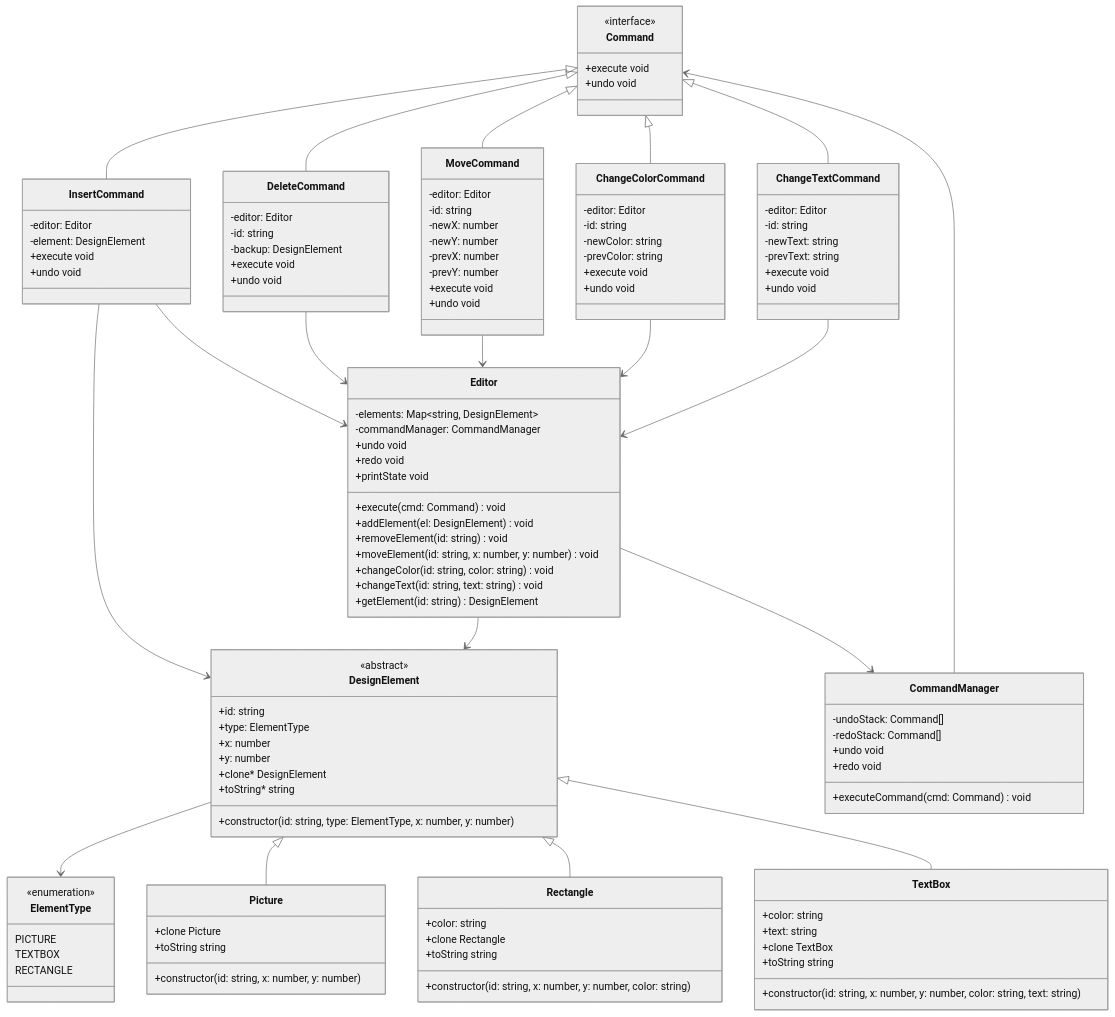
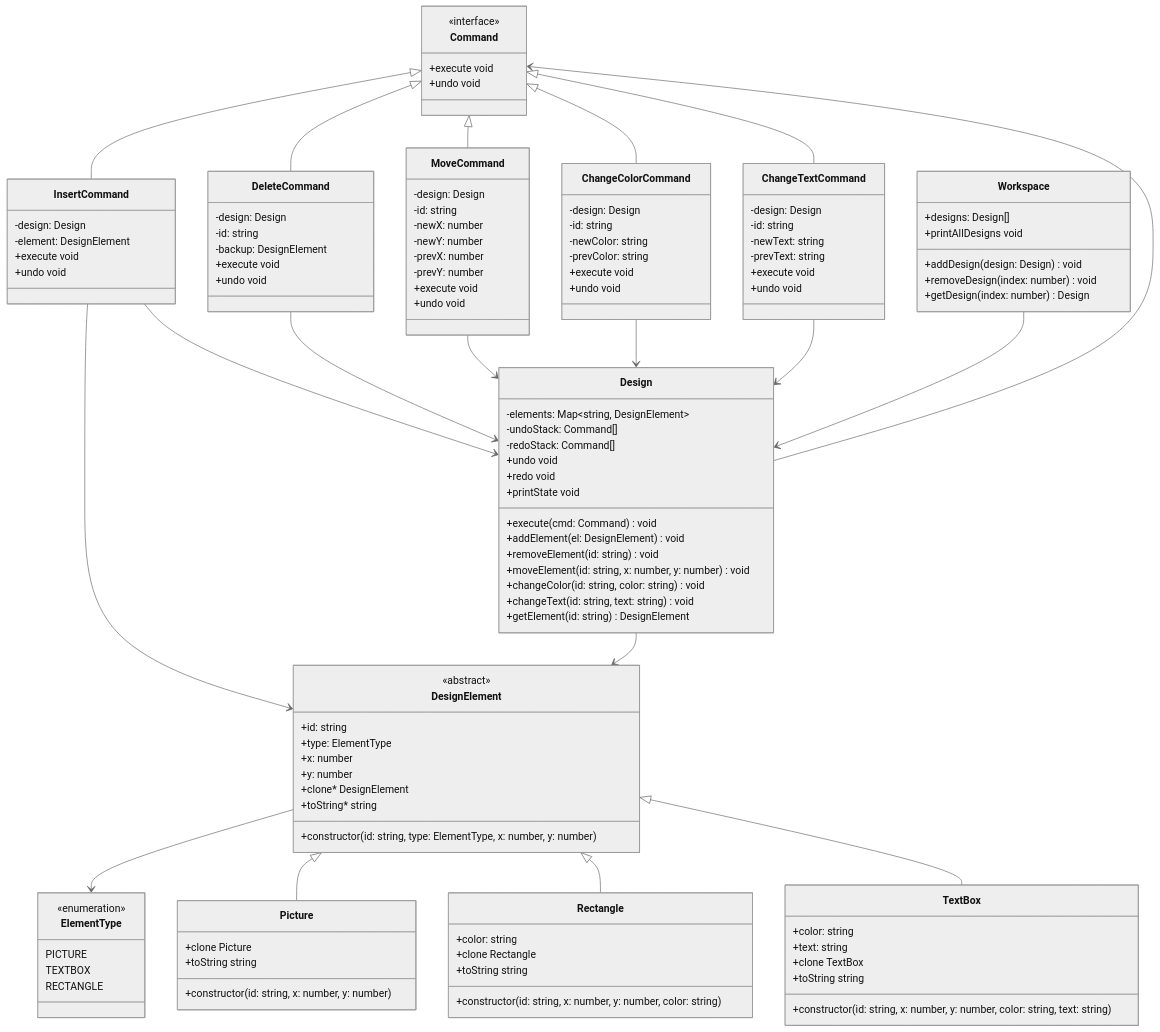
Before and after one commit to Swapnil-PixArtPrinting/Questions: the first of 17 diagrams in LLD/Problem_3/solution.md, drawn with Mermaid (neutral theme). The commit also changed other lines of this file and 3 other files, not shown here.

Commit message:
feat: refactor graphic designer application architecture for multi-document support

````diff
--- a/LLD/Problem_3/solution.md
+++ b/LLD/Problem_3/solution.md
@@ -63,14 +94,14 @@
     }
     
     class InsertCommand {
-        -editor: Editor
+        -design: Design
         -element: DesignElement
         +execute void
         +undo void
     }
     
     class DeleteCommand {
-        -editor: Editor
+        -design: Design
         -id: string
         -backup: DesignElement
         +execute void
@@ -78,7 +109,7 @@
     }
     
     class MoveCommand {
-        -editor: Editor
+        -design: Design
         -id: string
         -newX: number
         -newY: number
@@ -89,7 +120,7 @@
     }
     
     class ChangeColorCommand {
-        -editor: Editor
+        -design: Design
         -id: string
         -newColor: string
         -prevColor: string
@@ -98,7 +129,7 @@
     }
     
     class ChangeTextCommand {
-        -editor: Editor
+        -design: Design
         -id: string
         -newText: string
         -prevText: string
@@ -106,17 +137,10 @@
         +undo void
     }
     
-    class CommandManager {
+    class Design {
+        -elements: Map~string, DesignElement~
         -undoStack: Command[]
         -redoStack: Command[]
-        +executeCommand(cmd: Command) void
-        +undo void
-        +redo void
-    }
-    
-    class Editor {
-        -elements: Map~string, DesignElement~
-        -commandManager: CommandManager
         +execute(cmd: Command) void
         +undo void
         +redo void
@@ -129,6 +153,14 @@
         +printState void
     }
     
+    class Workspace {
+        +designs: Design[]
+        +addDesign(design: Design) void
+        +removeDesign(index: number) void
+        +getDesign(index: number) Design
+        +printAllDesigns void
+    }
+    
     %% Relationships
     DesignElement --> ElementType
     DesignElement <|-- Picture
@@ -139,13 +171,13 @@
     Command <|-- MoveCommand
     Command <|-- ChangeColorCommand
     Command <|-- ChangeTextCommand
-    InsertCommand --> Editor
+    InsertCommand --> Design
     InsertCommand --> DesignElement
-    DeleteCommand --> Editor
-    MoveCommand --> Editor
-    ChangeColorCommand --> Editor
-    ChangeTextCommand --> Editor
-    CommandManager --> Command
-    Editor --> CommandManager
-    Editor --> DesignElement
+    DeleteCommand --> Design
+    MoveCommand --> Design
+    ChangeColorCommand --> Design
+    ChangeTextCommand --> Design
+    Design --> Command
+    Design --> DesignElement
+    Workspace --> Design
 ```
````
